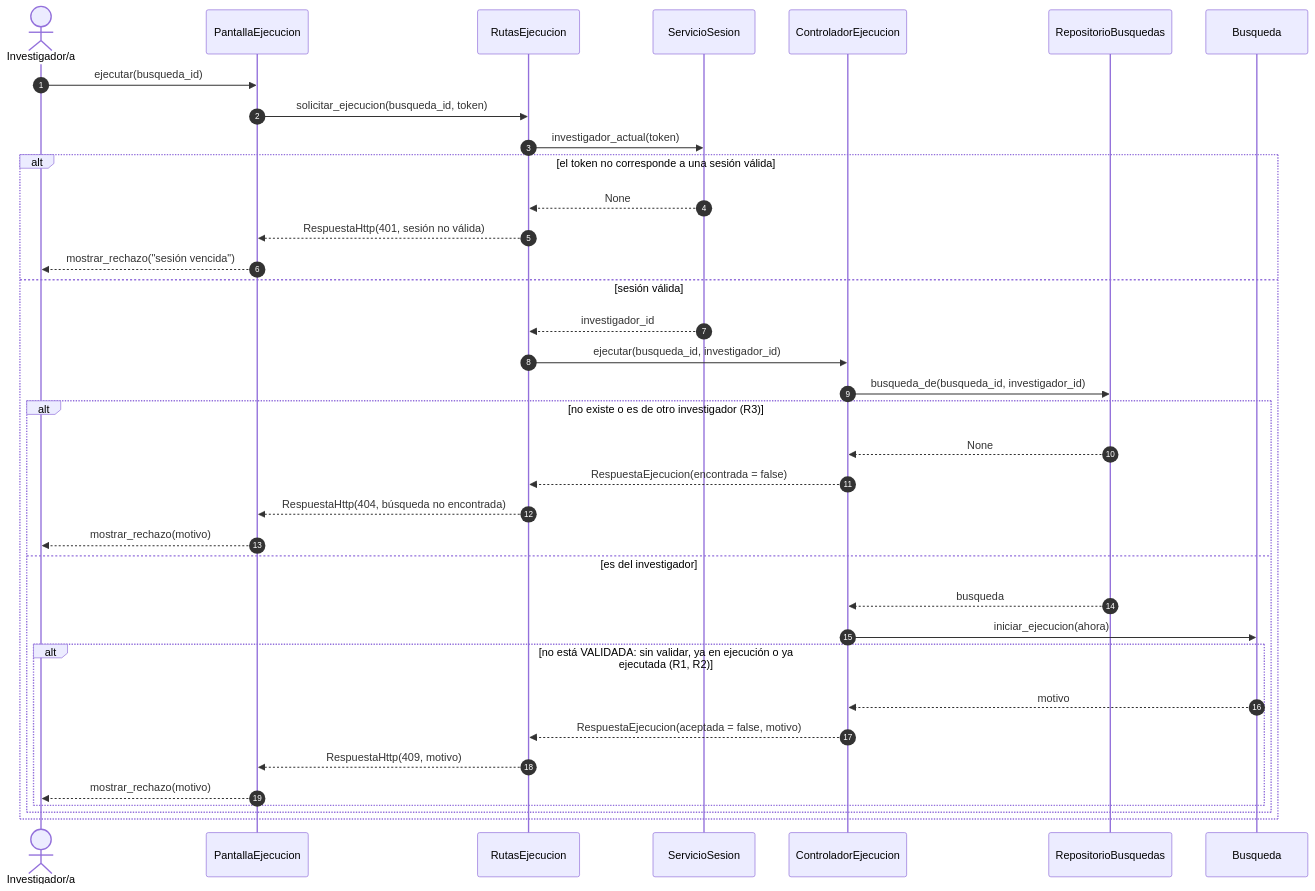
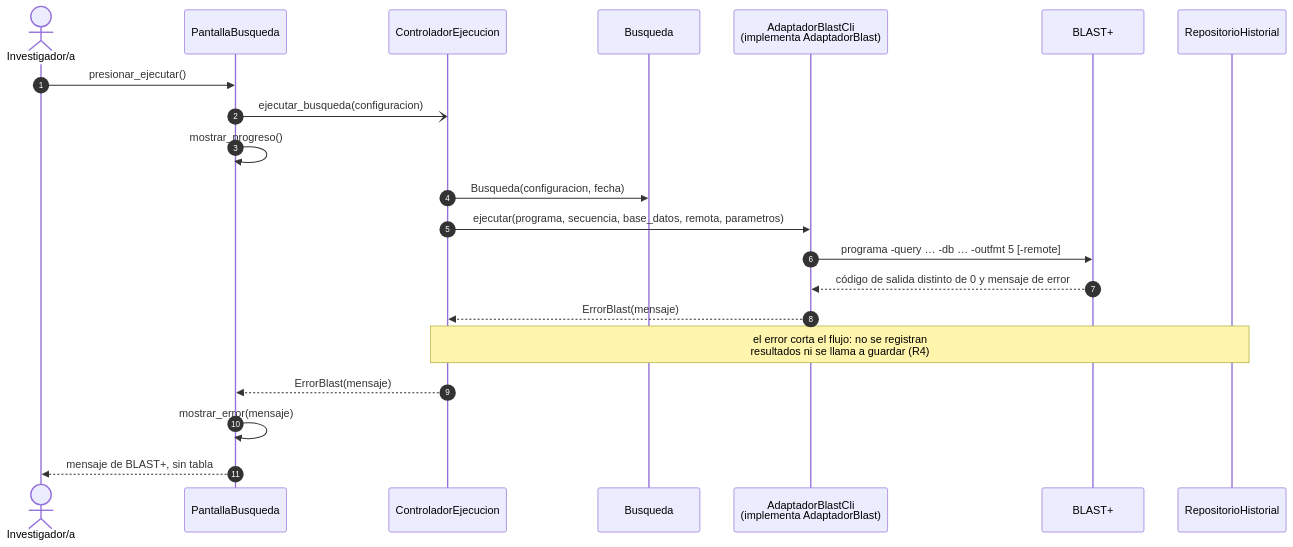
Before and after one commit to agwursten/Secondary-Repo-GUI-Blast: the fifth of 6 diagrams in docs/design/diseno-detallado.md, drawn with Mermaid. The commit also changed other lines of this file and 2 other files, not shown here.

````diff
--- a/docs/design/diseno-detallado.md
+++ b/docs/design/diseno-detallado.md
@@ -468,39 +348,24 @@
 ```mermaid
 sequenceDiagram
     autonumber
     actor Inv as Investigador/a
-    participant UI as PantallaEjecucion
-    participant R as RutasEjecucion
-    participant SS as ServicioSesion
+    participant UI as PantallaBusqueda
     participant CE as ControladorEjecucion
-    participant RB as RepositorioBusquedas
     participant B as Busqueda
+    participant AB as AdaptadorBlastCli<br/>(implementa AdaptadorBlast)
+    participant BL as BLAST+
+    participant RH as RepositorioHistorial
 
-    Inv->>UI: ejecutar(busqueda_id)
-    UI->>R: solicitar_ejecucion(busqueda_id, token)
-    R->>SS: investigador_actual(token)
-    alt el token no corresponde a una sesión válida
-        SS-->>R: None
-        R-->>UI: RespuestaHttp(401, sesión no válida)
-        UI-->>Inv: mostrar_rechazo("sesión vencida")
-    else sesión válida
-        SS-->>R: investigador_id
-        R->>CE: ejecutar(busqueda_id, investigador_id)
-        CE->>RB: busqueda_de(busqueda_id, investigador_id)
-        alt no existe o es de otro investigador (R3)
-            RB-->>CE: None
-            CE-->>R: RespuestaEjecucion(encontrada = false)
-            R-->>UI: RespuestaHttp(404, búsqueda no encontrada)
-            UI-->>Inv: mostrar_rechazo(motivo)
-        else es del investigador
-            RB-->>CE: busqueda
-            CE->>B: iniciar_ejecucion(ahora)
-            alt no está VALIDADA: sin validar, ya en ejecución o ya ejecutada (R1, R2)
-                B-->>CE: motivo
-                CE-->>R: RespuestaEjecucion(aceptada = false, motivo)
-                R-->>UI: RespuestaHttp(409, motivo)
-                UI-->>Inv: mostrar_rechazo(motivo)
-            end
-        end
-    end
+    Inv->>UI: presionar_ejecutar()
+    UI-)CE: ejecutar_busqueda(configuracion)
+    UI->>UI: mostrar_progreso()
+    CE->>B: Busqueda(configuracion, fecha)
+    CE->>AB: ejecutar(programa, secuencia, base_datos, remota, parametros)
+    AB->>BL: programa -query … -db … -outfmt 5 [-remote]
+    BL-->>AB: código de salida distinto de 0 y mensaje de error
+    AB-->>CE: ErrorBlast(mensaje)
+    Note over CE,RH: el error corta el flujo: no se registran<br/>resultados ni se llama a guardar (R4)
+    CE-->>UI: ErrorBlast(mensaje)
+    UI->>UI: mostrar_error(mensaje)
+    UI-->>Inv: mensaje de BLAST+, sin tabla
 ```
````
